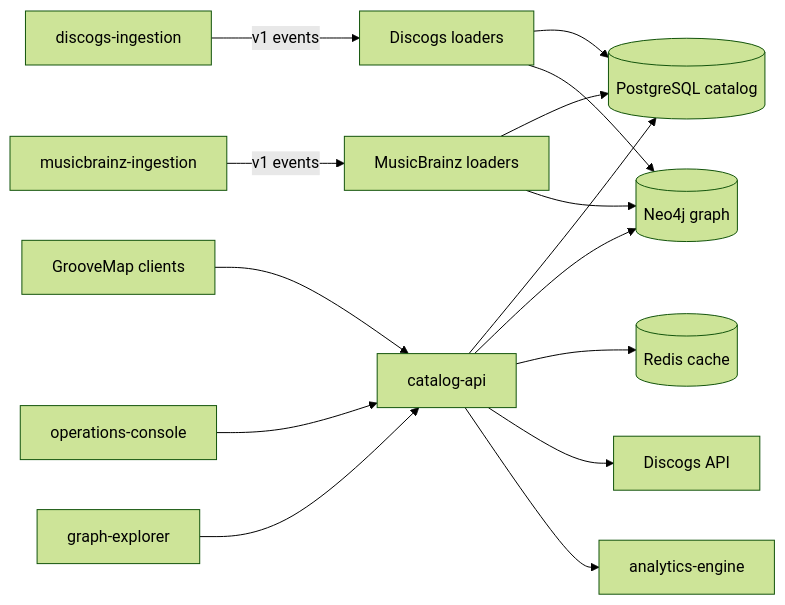
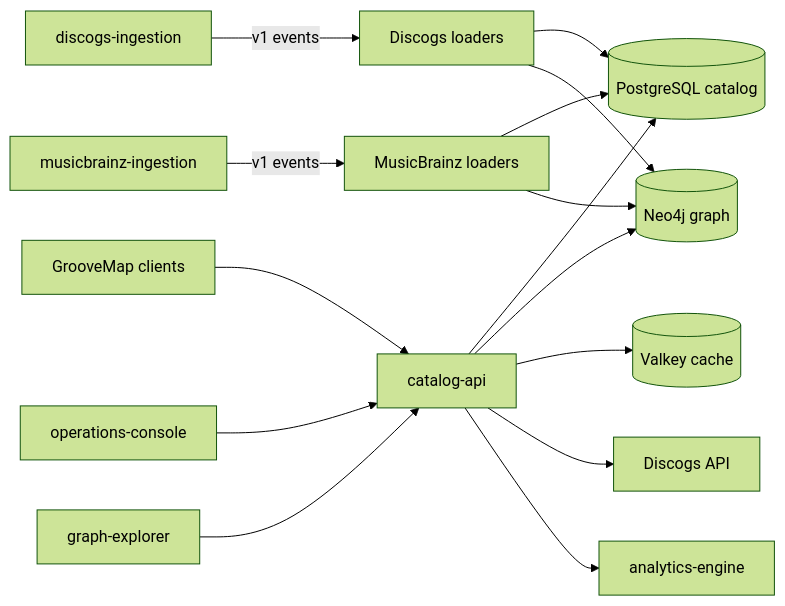
One commit to groovemap-music/catalog-api changed the diagram in README.md. Above: the diagram before and after it, drawn with Mermaid (forest theme). The commit also changed 7 other files, not shown here.

````diff
--- a/README.md
+++ b/README.md
@@ -7,17 +7,17 @@
 ```mermaid
 flowchart LR
     Clients[GrooveMap clients] --> API[catalog-api]
     Console[operations-console] --> API
     Explorer[graph-explorer] --> API
     API --> PG[(PostgreSQL catalog)]
     API --> Neo4j[(Neo4j graph)]
-    API --> Redis[(Redis cache)]
+    API --> Valkey[(Valkey cache)]
     API --> Discogs[Discogs API]
     API --> Analytics[analytics-engine]
     DI[discogs-ingestion] -->|v1 events| DC[Discogs loaders]
     MI[musicbrainz-ingestion] -->|v1 events| MC[MusicBrainz loaders]
     DC --> PG
     DC --> Neo4j
     MC --> PG
     MC --> Neo4j
 ```
````
